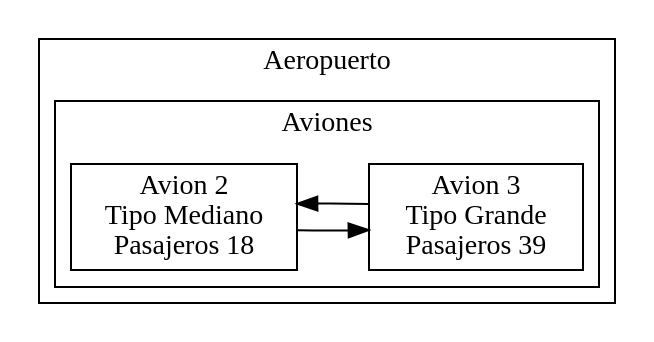
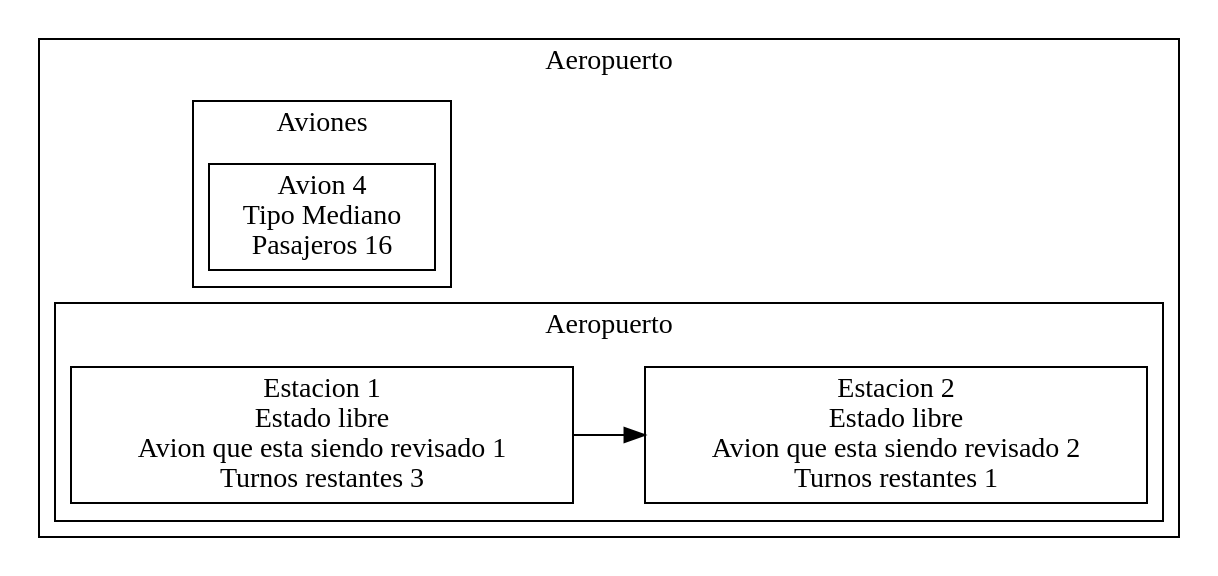
The diagram in build-Practica1_201220165-Desktop_Qt_5_9_1_MinGW_32bit-Debug/Grafica.dot (Orbp/EDD_201220165), drawn with Graphviz before and after one commit. The commit also changed 23 other files, not shown here.

```diff
--- a/build-Practica1_201220165-Desktop_Qt_5_9_1_MinGW_32bit-Debug/Grafica.dot
+++ b/build-Practica1_201220165-Desktop_Qt_5_9_1_MinGW_32bit-Debug/Grafica.dot
@@ -1,12 +1,12 @@
 digraph{ 
  rankdir = LR; 
  node[shape = record];subgraph clusterAeropuerto{
 label = "Aeropuerto";
 subgraph clusterAviones{
-label = " Aviones "nca0[label = "Avion 2\nTipo Mediano\nPasajeros 18"];
-nca1[label = "Avion 3\nTipo Grande\nPasajeros 39"];
-nca0->nca1
-nca1->nca0
+label = " Aviones "nca0[label = "Avion 4\nTipo Mediano\nPasajeros 16"];
 }
+subgraph clusterPuestosmantenimiento{
+lpm0[label = "Estacion 1\nEstado libre\nAvion que esta siendo revisado 1\nTurnos restantes 3"];
+lpm1[label = "Estacion 2\nEstado libre\nAvion que esta siendo revisado 2\nTurnos restantes 1"];
+lpm0->lpm1}}
 }
-}
```
